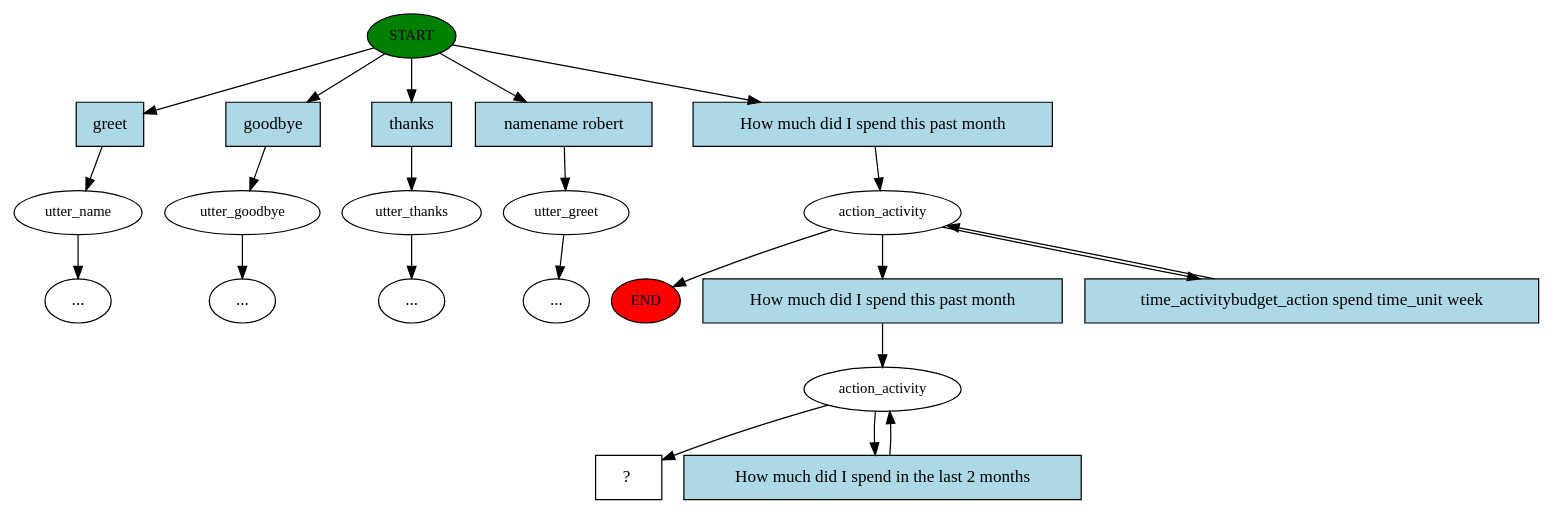
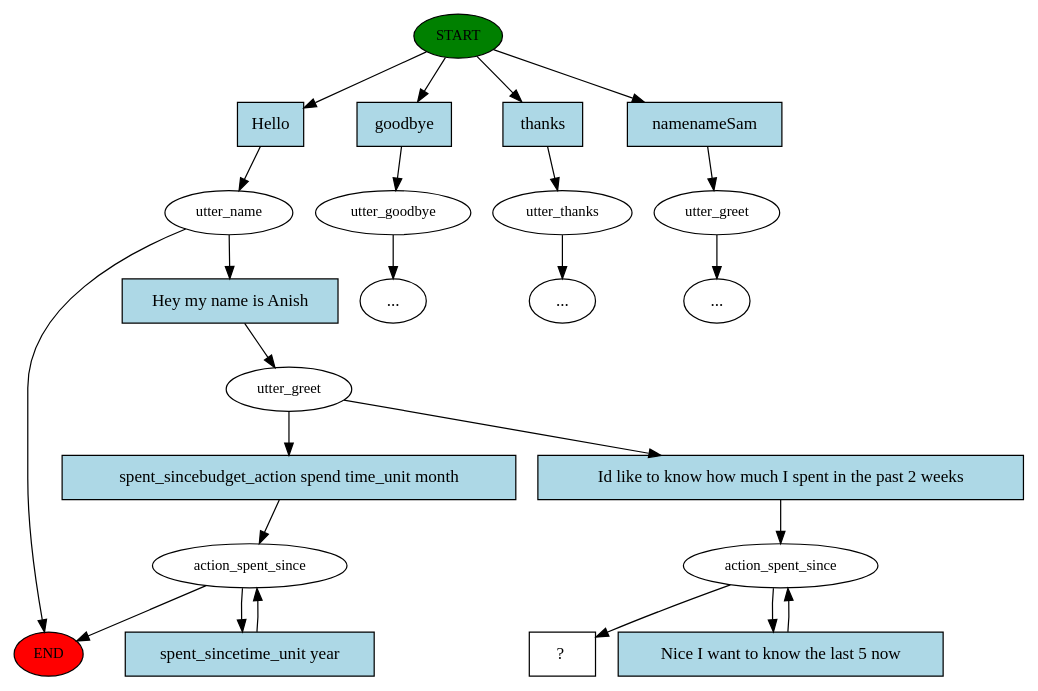
Before and after one commit to anishrav/ynab-ai: the diagram in story_graph.dot, drawn with Graphviz. The commit also changed 20 other files, not shown here.

```diff
--- a/story_graph.dot
+++ b/story_graph.dot
@@ -1,45 +1,48 @@
 digraph  {
 0 [class="start active", fillcolor=green, fontsize=12, label=START, style=filled];
 "-1" [class=end, fillcolor=red, fontsize=12, label=END, style=filled];
-1 [class="", fontsize=12, label=utter_name];
-3 [class="", fontsize=12, label=utter_goodbye];
+1 [class=active, fontsize=12, label=utter_name];
+2 [class="", fontsize=12, label=utter_goodbye];
+"-3" [class=ellipsis, label="..."];
+3 [class="", fontsize=12, label=utter_thanks];
+"-4" [class=ellipsis, label="..."];
+4 [class="", fontsize=12, label=utter_greet];
 "-5" [class=ellipsis, label="..."];
-4 [class="", fontsize=12, label=utter_thanks];
-"-6" [class=ellipsis, label="..."];
-5 [class="", fontsize=12, label=utter_greet];
-9 [class=active, fontsize=12, label=action_activity];
-"-12" [class=ellipsis, label="..."];
-"-13" [class=ellipsis, label="..."];
-17 [class=active, fontsize=12, label=action_activity];
-27 [class="intent dashed active", label="  ?  ", shape=rect];
-28 [class=intent, fillcolor=lightblue, label=greet, shape=rect, style=filled];
-29 [class=intent, fillcolor=lightblue, label=goodbye, shape=rect, style=filled];
-30 [class=intent, fillcolor=lightblue, label=thanks, shape=rect, style=filled];
-31 [class=intent, fillcolor=lightblue, label="namename robert", shape=rect, style=filled];
-32 [class="intent active", fillcolor=lightblue, label="How much did I spend this past month", shape=rect, style=filled];
-33 [class="intent active", fillcolor=lightblue, label="How much did I spend this past month", shape=rect, style=filled];
-34 [class=intent, fillcolor=lightblue, label="time_activitybudget_action spend time_unit week", shape=rect, style=filled];
-35 [class="intent active", fillcolor=lightblue, label="How much did I spend in the last 2 months", shape=rect, style=filled];
-0 -> 28  [class="", key=0];
-0 -> 29  [class="", key=0];
-0 -> 30  [class="", key=0];
-0 -> 31  [class="", key=0];
-0 -> 32  [class=active, key=0];
-1 -> "-13"  [class="", key=NONE, label=""];
-3 -> "-5"  [class="", key=NONE, label=""];
-4 -> "-6"  [class="", key=NONE, label=""];
-5 -> "-12"  [class="", key=NONE, label=""];
-9 -> "-1"  [class="", key=NONE, label=""];
-9 -> 33  [class=active, key=0];
-9 -> 34  [class="", key=0];
-17 -> 27  [class=active, key=NONE, label=""];
-17 -> 35  [class=active, key=0];
-28 -> 1  [class="", key=0];
-29 -> 3  [class="", key=0];
-30 -> 4  [class="", key=0];
-31 -> 5  [class="", key=0];
-32 -> 9  [class=active, key=0];
-33 -> 17  [class=active, key=0];
-34 -> 9  [class="", key=0];
-35 -> 17  [class=active, key=0];
+6 [class=active, fontsize=12, label=utter_greet];
+7 [class="", fontsize=12, label=action_spent_since];
+14 [class=active, fontsize=12, label=action_spent_since];
+19 [class="intent dashed active", label="  ?  ", shape=rect];
+20 [class="intent active", fillcolor=lightblue, label=Hello, shape=rect, style=filled];
+21 [class=intent, fillcolor=lightblue, label=goodbye, shape=rect, style=filled];
+22 [class=intent, fillcolor=lightblue, label=thanks, shape=rect, style=filled];
+23 [class=intent, fillcolor=lightblue, label=namenameSam, shape=rect, style=filled];
+24 [class="intent active", fillcolor=lightblue, label="Hey my name is Anish", shape=rect, style=filled];
+25 [class=intent, fillcolor=lightblue, label="spent_sincebudget_action spend time_unit month", shape=rect, style=filled];
+26 [class="intent active", fillcolor=lightblue, label="Id like to know how much I spent in the past 2 weeks", shape=rect, style=filled];
+27 [class=intent, fillcolor=lightblue, label="spent_sincetime_unit year", shape=rect, style=filled];
+28 [class="intent active", fillcolor=lightblue, label="Nice I want to know the last 5 now", shape=rect, style=filled];
+0 -> 20  [class=active, key=0];
+0 -> 21  [class="", key=0];
+0 -> 22  [class="", key=0];
+0 -> 23  [class="", key=0];
+1 -> "-1"  [class="", key=NONE, label=""];
+1 -> 24  [class=active, key=0];
+2 -> "-3"  [class="", key=NONE, label=""];
+3 -> "-4"  [class="", key=NONE, label=""];
+4 -> "-5"  [class="", key=NONE, label=""];
+6 -> 25  [class="", key=0];
+6 -> 26  [class=active, key=0];
+7 -> "-1"  [class="", key=NONE, label=""];
+7 -> 27  [class="", key=0];
+14 -> 19  [class=active, key=NONE, label=""];
+14 -> 28  [class=active, key=0];
+20 -> 1  [class=active, key=0];
+21 -> 2  [class="", key=0];
+22 -> 3  [class="", key=0];
+23 -> 4  [class="", key=0];
+24 -> 6  [class=active, key=0];
+25 -> 7  [class="", key=0];
+26 -> 14  [class=active, key=0];
+27 -> 7  [class="", key=0];
+28 -> 14  [class=active, key=0];
 }
```
